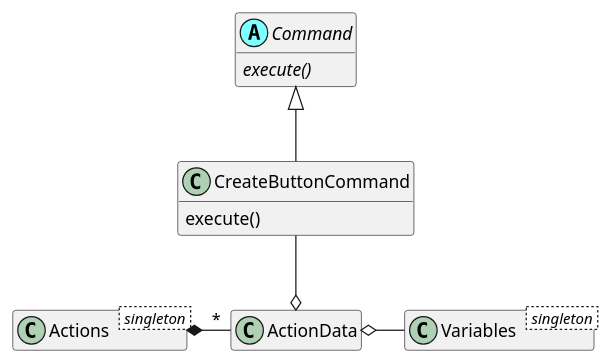
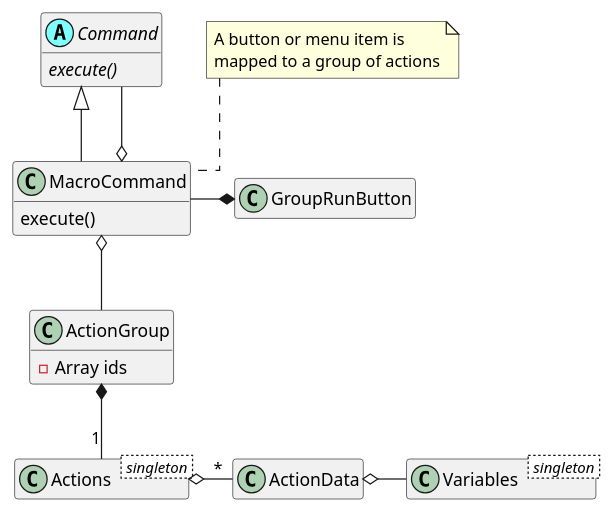
One commit to MARTIMM/SessionManager changed the fourth of 5 diagrams in doc/dispatcher.md. Above: the diagram before and after it, drawn with PlantUML. The commit also changed other lines of this file, not shown here.

````diff
--- a/doc/dispatcher.md
+++ b/doc/dispatcher.md
@@ -162,35 +178,44 @@
 ```plantuml
 @startuml
 
 'scale 0.9
 
 skinparam packageStyle rectangle
 skinparam stereotypeCBackgroundColor #80ffff
 skinparam linetype ortho
 
 set namespaceSeparator ::
 hide empty members
 
 abstract class Command <<(A,#80ffff)>> {
   {abstract} execute()
 }
 
-class CreateButtonCommand {
+class MacroCommand {
   execute()
 }
 
 class Variables < singleton > { }
 
 class Actions < singleton > { }
 
+class ActionGroup {
+  - Array ids
+}
+
 class ActionData { }
 
-Actions *- "*" ActionData
+Actions o- "*" ActionData
 
-Command <|-- CreateButtonCommand
-ActionData o-up- CreateButtonCommand
+Command <|-- MacroCommand
+Command  --o MacroCommand
+MacroCommand  o-- ActionGroup
+note "A button or menu item is\nmapped to a group of actions" as N2
+N2 .. MacroCommand
 
 ActionData o- Variables
+MacroCommand -* GroupRunButton
 
+ActionGroup *-- "1" Actions
 @enduml
 ```
````
